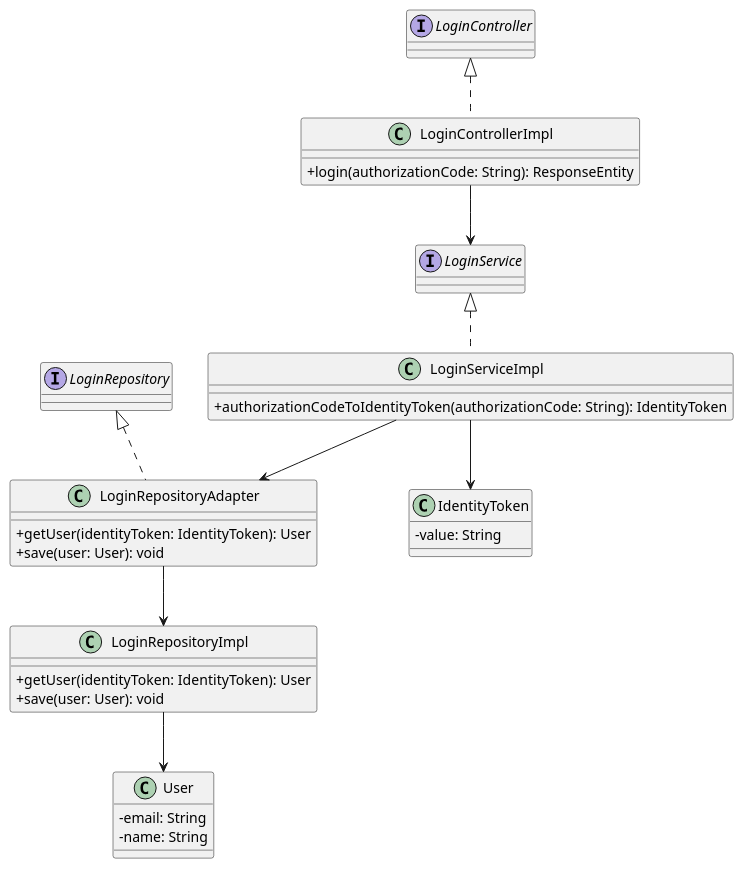
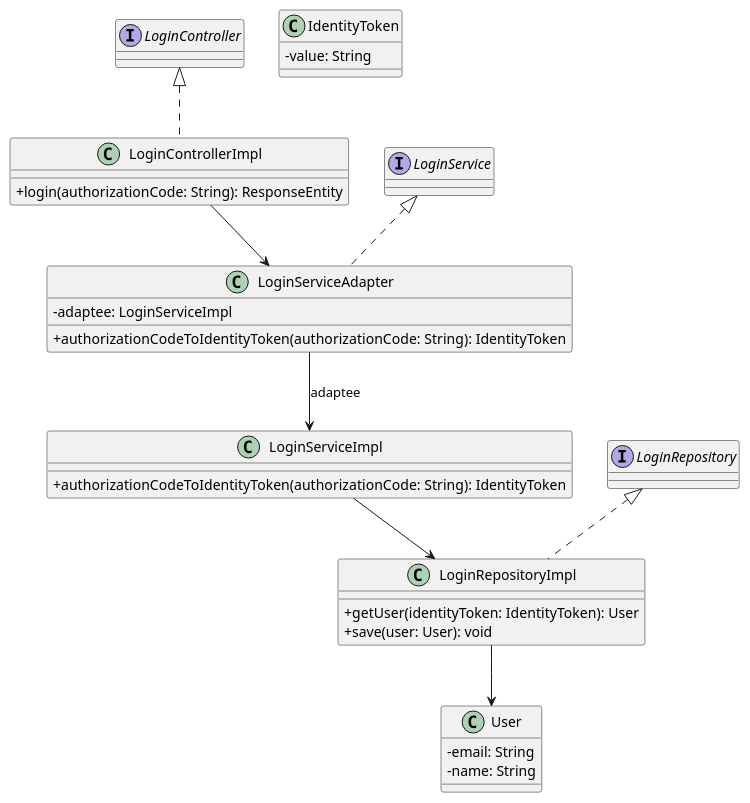
One commit to AIM-ENE-feb25/triptop-groep-b4 changed the diagram in Pressure_cooker/Rens/class_diagram.puml. Above: the diagram before and after it, drawn with PlantUML. The commit also changed 1 other file, not shown here.

Commit message:
Implement feedback of adapter pattern class diagram

```diff
--- a/Pressure_cooker/Rens/class_diagram.puml
+++ b/Pressure_cooker/Rens/class_diagram.puml
@@ -1,48 +1,48 @@
 @startuml Adapter Pattern Class Diagram
 
 skinparam classAttributeIconSize 0
 
 ' Interfaces
 interface LoginController
 interface LoginService
 interface LoginRepository
 
 ' Classes
 class LoginControllerImpl implements LoginController {
     +login(authorizationCode: String): ResponseEntity
 }
 
-class LoginServiceImpl implements LoginService {
+' Adapter class
+class LoginServiceAdapter implements LoginService {
+    -adaptee: LoginServiceImpl
     +authorizationCodeToIdentityToken(authorizationCode: String): IdentityToken
 }
 
-' Adapter
-class LoginRepositoryAdapter implements LoginRepository {
-    +getUser(identityToken: IdentityToken): User
-    +save(user: User): void
+' Legacy service
+class LoginServiceImpl {
+    +authorizationCodeToIdentityToken(authorizationCode: String): IdentityToken
 }
 
-' Externe / Legacy class
-class LoginRepositoryImpl {
+' Repository
+class LoginRepositoryImpl implements LoginRepository {
     +getUser(identityToken: IdentityToken): User
     +save(user: User): void
 }
 
 ' Value objects
 class IdentityToken {
     -value: String
 }
 
 class User {
     -email: String
     -name: String
 }
 
 ' Relationships
-LoginControllerImpl --> LoginService
-LoginServiceImpl --> LoginRepositoryAdapter
-LoginRepositoryAdapter --> LoginRepositoryImpl
-LoginServiceImpl --> IdentityToken
+LoginControllerImpl --> LoginServiceAdapter
+LoginServiceAdapter --> LoginServiceImpl : adaptee
+LoginServiceImpl --> LoginRepositoryImpl
 LoginRepositoryImpl --> User
 
 @enduml
```
